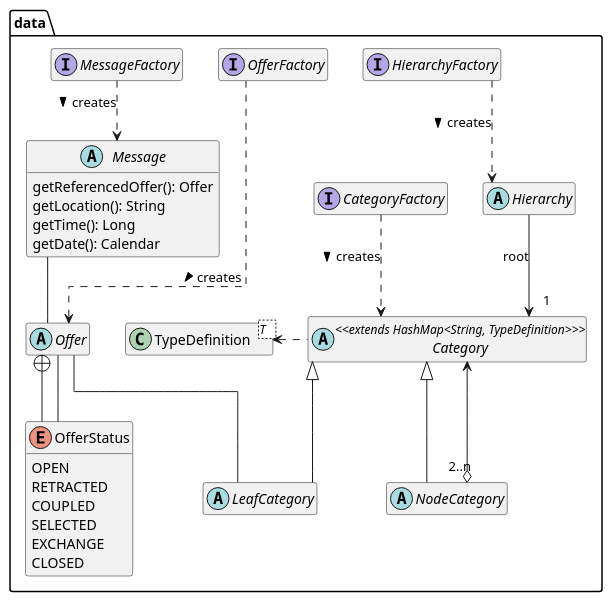
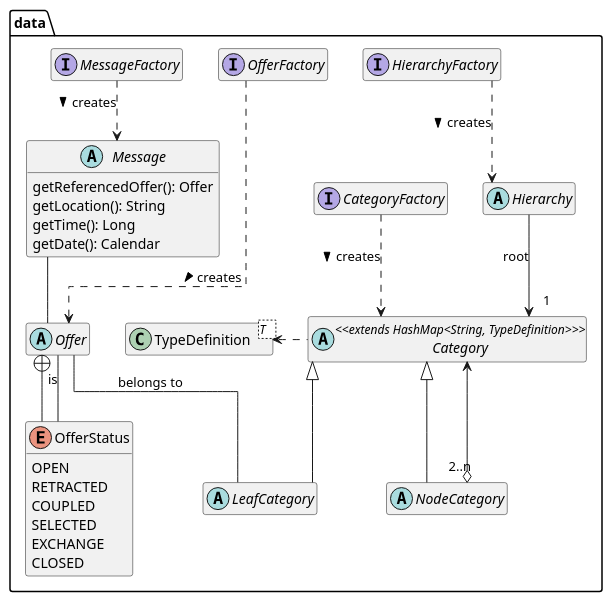
Before and after one commit to Matlice/ing_sw_2022: the diagram in DOC/VER4/diagrams/class/class_diagram_data.puml, drawn with PlantUML. The commit also changed 27 other files, not shown here.

```diff
--- a/DOC/VER4/diagrams/class/class_diagram_data.puml
+++ b/DOC/VER4/diagrams/class/class_diagram_data.puml
@@ -1,79 +1,79 @@
 @startuml
 
 skinparam ClassAttributeIconSize 0
 'skinparam groupInheritance 2
 skinparam linetype ortho
 hide empty members
 
 package data #FFFFFF {
 
     interface CategoryFactory {
     }
 
     interface HierarchyFactory {
     }
 
     abstract class Category <<extends HashMap<String, TypeDefinition>>> {
     }
 
     class TypeDefinition<T   > {
     }
     
     abstract class Hierarchy {}
 
     abstract class NodeCategory extends Category {
     }
     
     abstract class LeafCategory extends Category {}
 
     interface OfferFactory {
     }
 
     abstract class Offer {
     }
 
     interface MessageFactory {
 
     }
 
     abstract class Message {
             getReferencedOffer(): Offer
             getLocation(): String
             getTime(): Long
             getDate(): Calendar
     }
 
     enum OfferStatus {
         OPEN
         RETRACTED
         COUPLED
         SELECTED
         EXCHANGE
         CLOSED
     }
 
 }
 
 MessageFactory -[hidden]right- OfferFactory
 OfferFactory -[hidden]right-  HierarchyFactory
 HierarchyFactory -[hidden]right- CategoryFactory 
 
 'Category --> "0..1" Category: father
 Hierarchy --> "1" Category: root
 NodeCategory "2..n" o--> Category
 
 Category .left.> TypeDefinition
 
 CategoryFactory .down.> Category: creates >
 HierarchyFactory .down.> Hierarchy: creates >
 OfferFactory .down.> Offer: creates >
 
 MessageFactory .down.> Message: creates >
 
 Offer +-- OfferStatus
-Offer -- OfferStatus
-Offer -- LeafCategory
+Offer -- OfferStatus: is
+Offer -- LeafCategory: belongs to
 
 Message -- Offer
 
 @enduml
```
